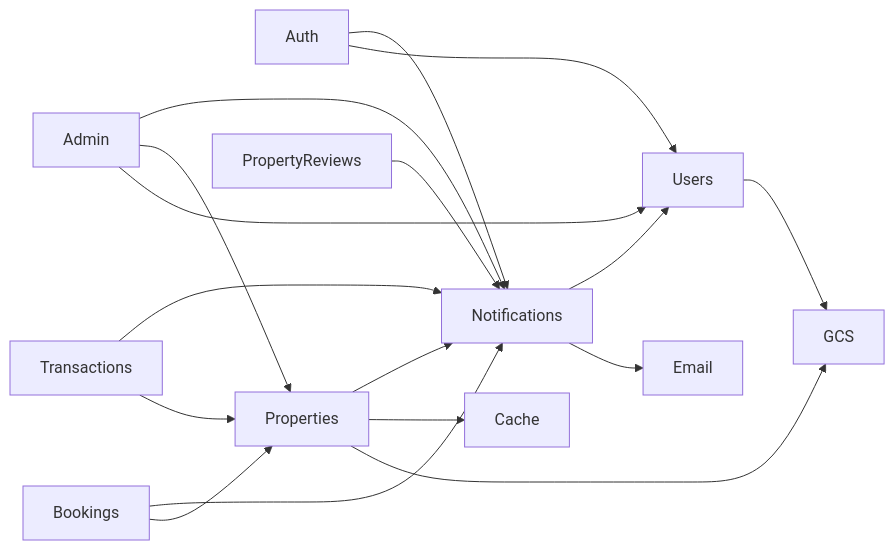
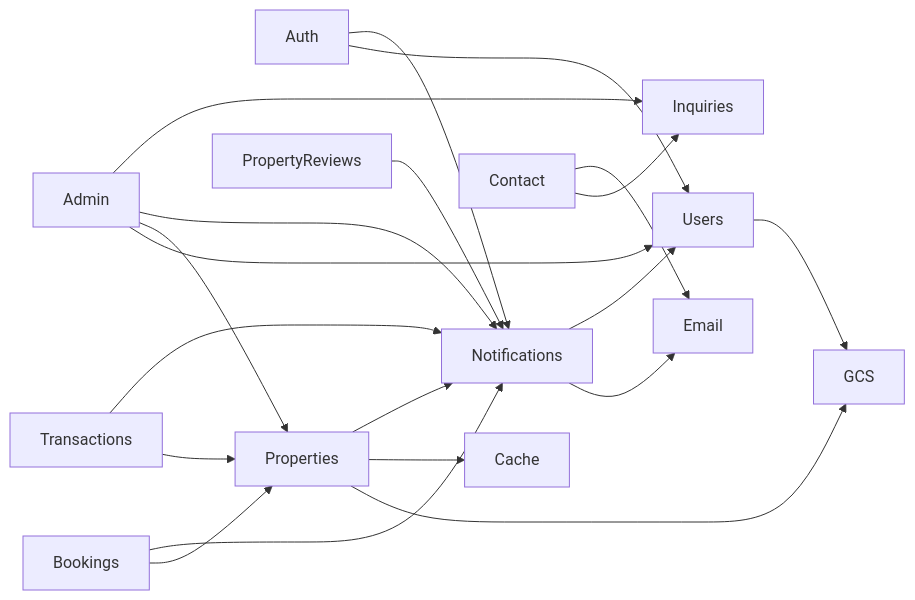
Before and after one commit to spity7/buytly: the diagram in server/docs/architecture.md, drawn with Mermaid. The commit also changed other lines of this file and 56 other files, not shown here.

````diff
--- a/server/docs/architecture.md
+++ b/server/docs/architecture.md
@@ -33,19 +33,22 @@
 ```mermaid
 flowchart LR
   Auth --> Users
   Users --> GCS
   Properties --> GCS
   Properties --> Cache
   Bookings --> Properties
   Bookings --> Notifications
   Transactions --> Properties
   Transactions --> Notifications
   Admin --> Users
   Admin --> Properties
   Properties --> Notifications
   PropertyReviews --> Notifications
   Auth --> Notifications
   Admin --> Notifications
+  Contact --> Inquiries
+  Contact --> Email
+  Admin --> Inquiries
   Notifications --> Email
   Notifications --> Users
 ```
````
